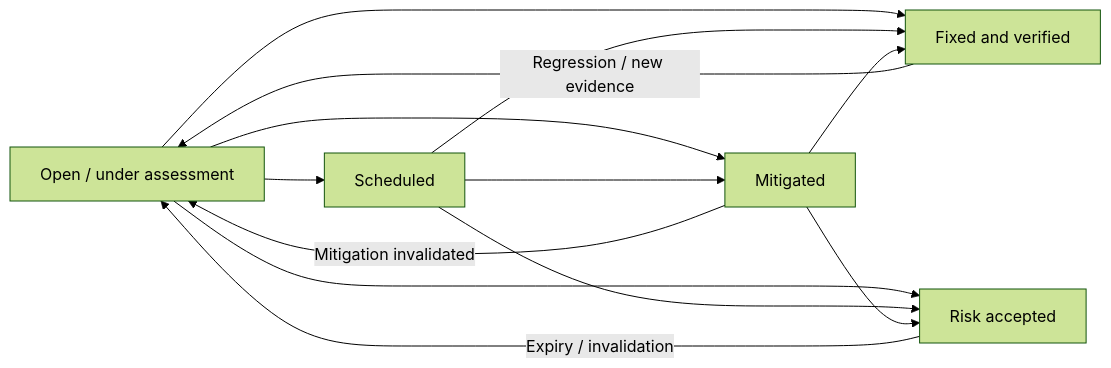
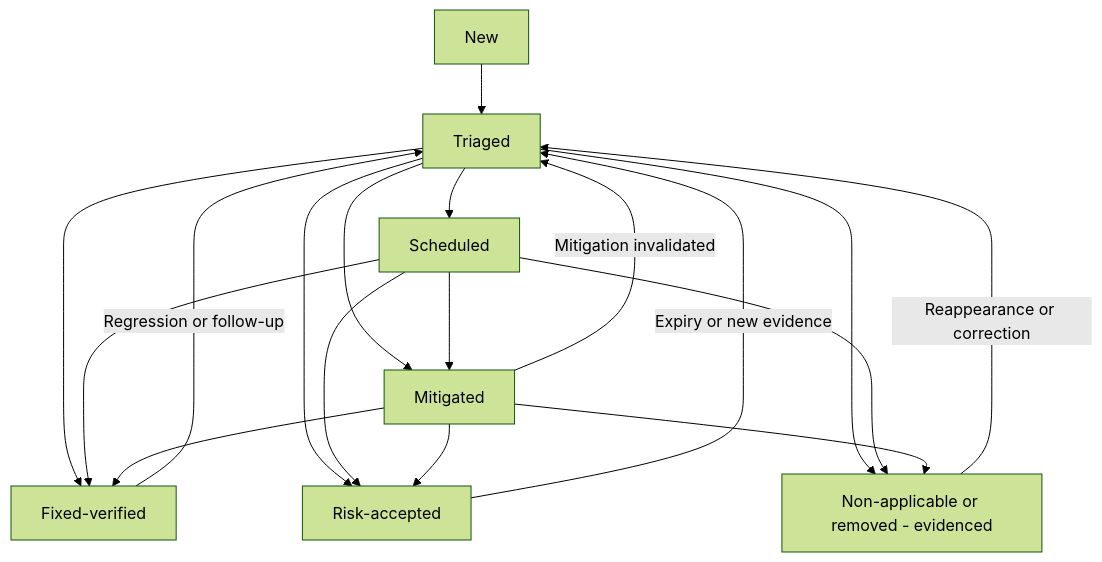
The fourth of 12 diagrams in ARCHITECTURE.md (ngcbg/vulnmon), drawn with Mermaid (forest theme) before and after one commit. The commit also changed other lines of this file and 2 other files, not shown here.

Commit message:
docs: establish architecture v0.3 after peer review

````diff
--- a/ARCHITECTURE.md
+++ b/ARCHITECTURE.md
@@ -217,15 +292,20 @@
 ```mermaid
-flowchart LR
-    O["Open / under assessment"] --> S["Scheduled"]
-    O --> M["Mitigated"]
+flowchart TD
+    N[New] --> T[Triaged]
+    T --> S[Scheduled]
+    T --> M[Mitigated]
     S --> M
-    O --> V["Fixed and verified"]
+    T --> V[Fixed-verified]
     S --> V
     M --> V
-    O --> R["Risk accepted"]
+    T --> R[Risk-accepted]
     S --> R
     M --> R
-    R -->|"Expiry / invalidation"| O
-    V -->|"Regression / new evidence"| O
-    M -->|"Mitigation invalidated"| O
+    T --> D[Non-applicable or removed - evidenced]
+    S --> D
+    M --> D
+    V -->|Regression or follow-up| T
+    R -->|Expiry or new evidence| T
+    D -->|Reappearance or correction| T
+    M -->|Mitigation invalidated| T
 ```
````
